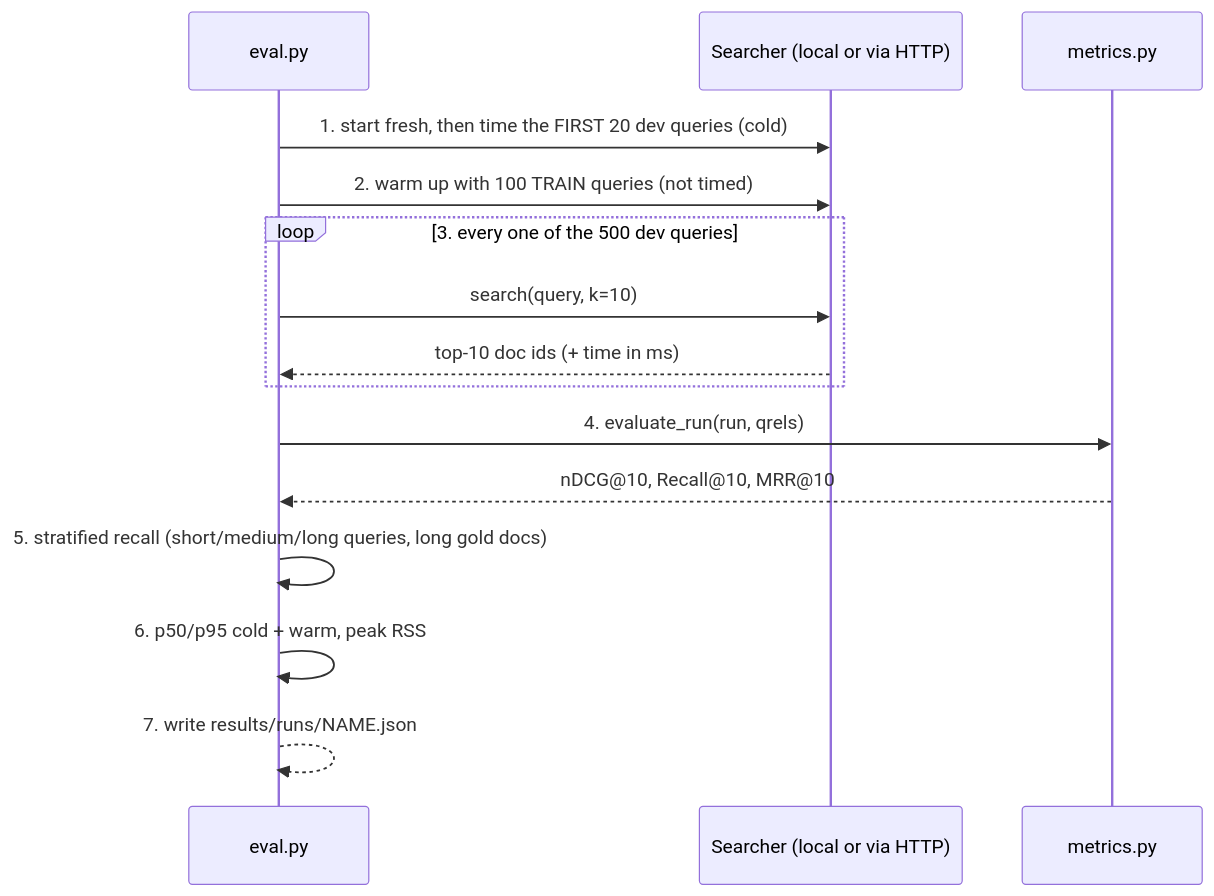
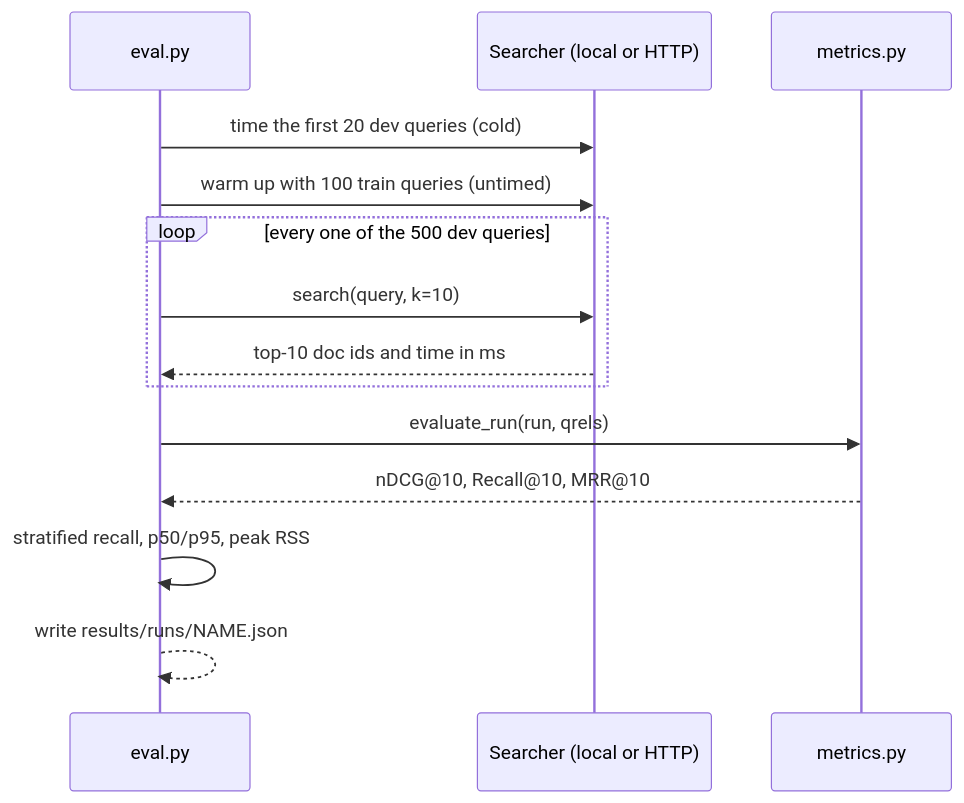
The fourth of 4 diagrams in docs/from_zero/02_measuring_quality_and_speed.md (node31/fiqa-agentic-retrieval), drawn with Mermaid before and after one commit. The commit also changed other lines of this file and 9 other files, not shown here.

````diff
--- a/docs/from_zero/02_measuring_quality_and_speed.md
+++ b/docs/from_zero/02_measuring_quality_and_speed.md
@@ -223,17 +150,16 @@
 ```mermaid
 sequenceDiagram
     participant E as eval.py
-    participant S as Searcher (local or via HTTP)
+    participant S as Searcher (local or HTTP)
     participant M as metrics.py
-    E->>S: 1. start fresh, then time the FIRST 20 dev queries (cold)
-    E->>S: 2. warm up with 100 TRAIN queries (not timed)
-    loop 3. every one of the 500 dev queries
+    E->>S: time the first 20 dev queries (cold)
+    E->>S: warm up with 100 train queries (untimed)
+    loop every one of the 500 dev queries
         E->>S: search(query, k=10)
-        S-->>E: top-10 doc ids (+ time in ms)
+        S-->>E: top-10 doc ids and time in ms
     end
-    E->>M: 4. evaluate_run(run, qrels)
+    E->>M: evaluate_run(run, qrels)
     M-->>E: nDCG@10, Recall@10, MRR@10
-    E->>E: 5. stratified recall (short/medium/long queries, long gold docs)
-    E->>E: 6. p50/p95 cold + warm, peak RSS
-    E-->>E: 7. write results/runs/NAME.json
+    E->>E: stratified recall, p50/p95, peak RSS
+    E-->>E: write results/runs/NAME.json
 ```
````
